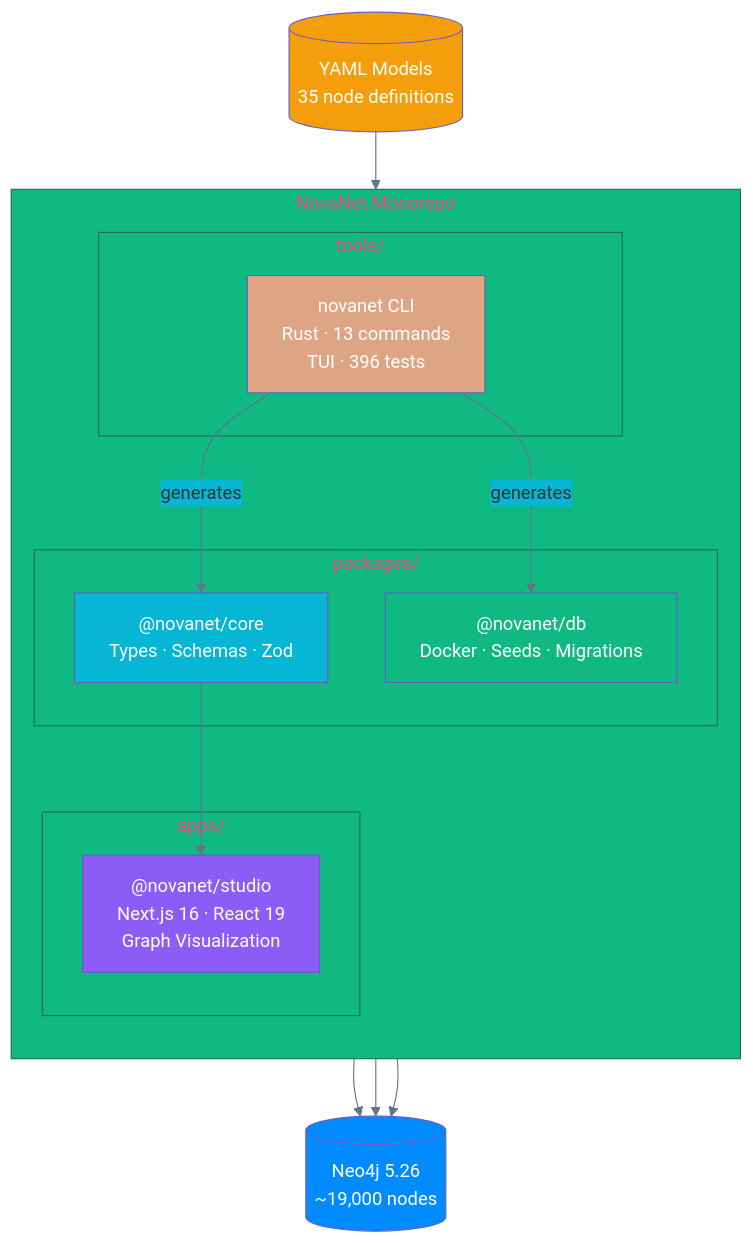
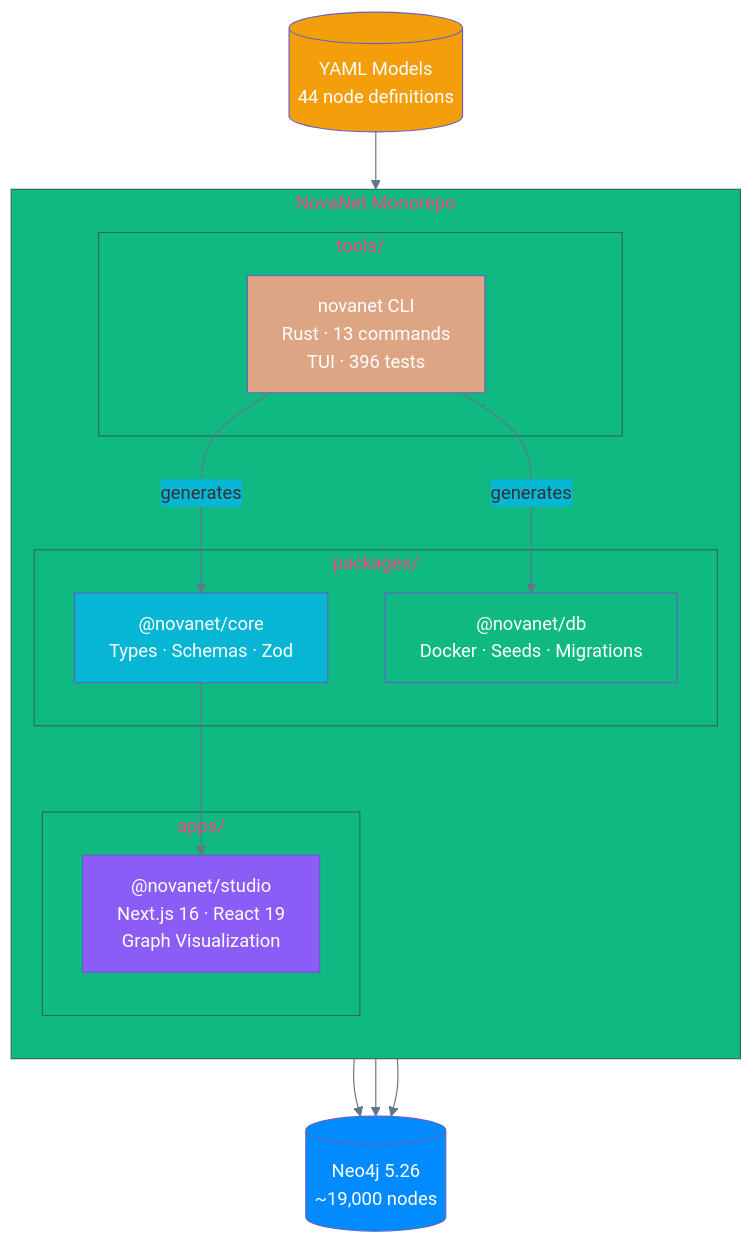
The first of 2 diagrams in docs/src/architecture/overview.md (supernovae-st/novanet), drawn with Mermaid before and after one commit. The commit also changed other lines of this file and 151 other files, not shown here.

````diff
--- a/docs/src/architecture/overview.md
+++ b/docs/src/architecture/overview.md
@@ -7,43 +7,43 @@
 ```mermaid
 %%{init: {'theme': 'base', 'themeVariables': {
   'primaryColor': '#6366f1',
   'secondaryColor': '#06b6d4',
   'tertiaryColor': '#10b981',
   'lineColor': '#64748b'
 }}}%%
 flowchart TB
     subgraph MONO["NovaNet Monorepo"]
         direction TB
 
         subgraph PACKAGES["packages/"]
             CORE["@novanet/core\nTypes · Schemas · Zod"]
             DB["@novanet/db\nDocker · Seeds · Migrations"]
         end
 
         subgraph APPS["apps/"]
             STUDIO["@novanet/studio\nNext.js 16 · React 19\nGraph Visualization"]
         end
 
         subgraph TOOLS["tools/"]
             RUST["novanet CLI\nRust · 13 commands\nTUI · 396 tests"]
         end
     end
 
-    YAML[("YAML Models\n35 node definitions")]
+    YAML[("YAML Models\n44 node definitions")]
     NEO4J[("Neo4j 5.26\n~19,000 nodes")]
 
     YAML --> RUST
     RUST -->|generates| CORE
     RUST -->|generates| DB
     CORE --> STUDIO
     DB --> NEO4J
     STUDIO --> NEO4J
     RUST --> NEO4J
 
     style CORE fill:#06b6d4,color:#fff
     style DB fill:#10b981,color:#fff
     style STUDIO fill:#8b5cf6,color:#fff
     style RUST fill:#DEA584,color:#fff
     style NEO4J fill:#018bff,color:#fff
     style YAML fill:#f59e0b,color:#fff
 ```
````
